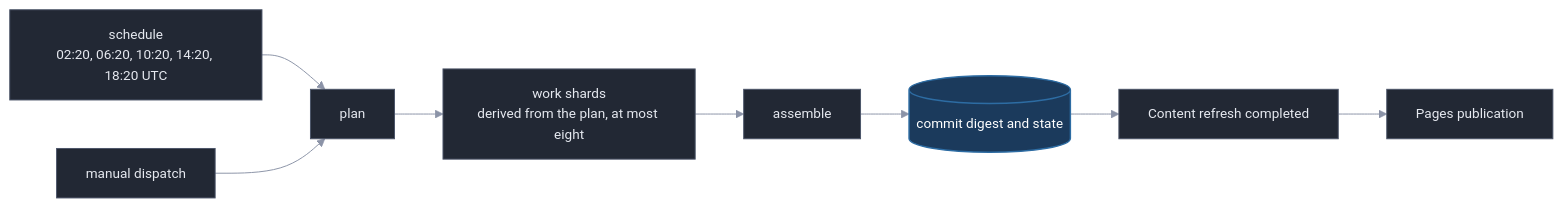
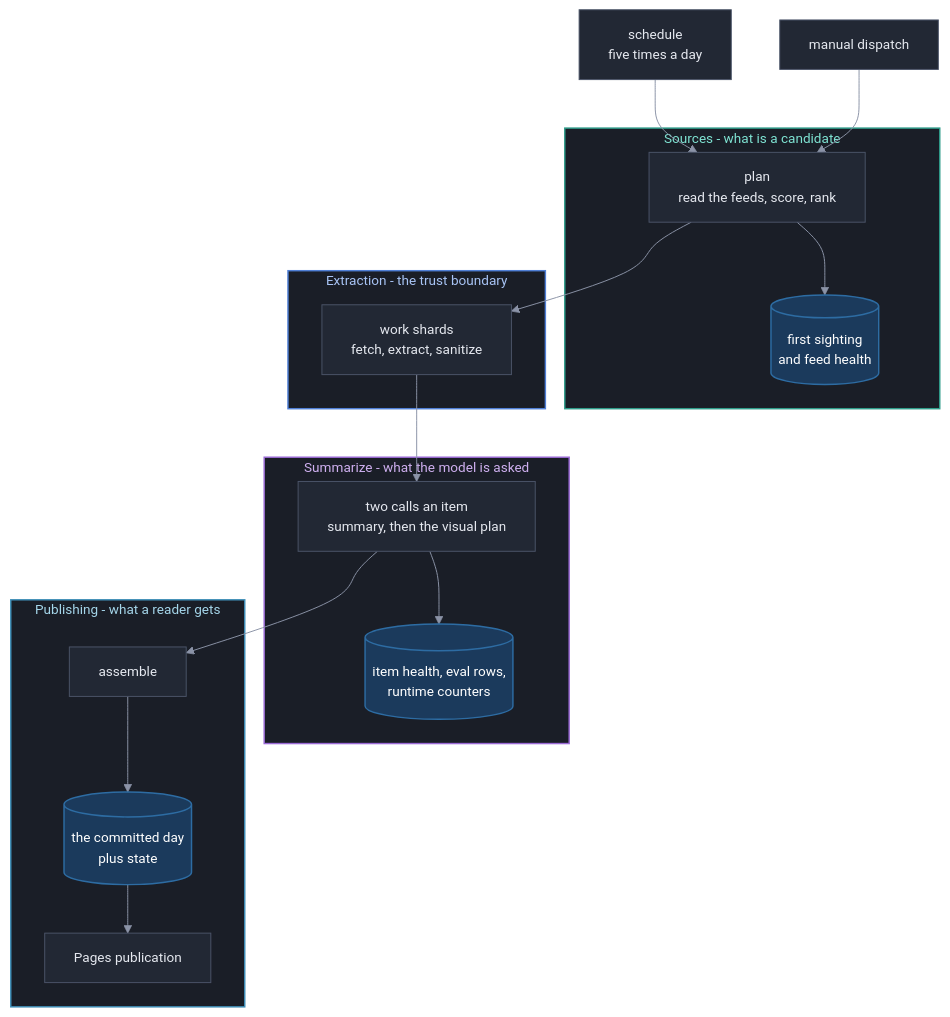
One commit to miztiik/yen-idhazh changed the second of 4 diagrams in docs/reference/github-actions.md. Above: the diagram before and after it, drawn with Mermaid. The commit also changed other lines of this file and 1 other file, not shown here.

First paragraph of the commit message:
A diagram says which part of the system each box belongs to
The class vocabulary said what a node IS and what an outcome MEANS. Neither
said where in the codebase it lives, so a diagram crossing two subsystems read
as one undifferentiated thing.

````diff
--- a/docs/reference/github-actions.md
+++ b/docs/reference/github-actions.md
@@ -225,17 +225,40 @@
 ```mermaid
 %%{init: {"theme": "base", "themeVariables": {"background": "#0f1117", "primaryColor": "#222834", "primaryTextColor": "#e6e9f0", "primaryBorderColor": "#4b5468", "lineColor": "#8b93a7", "textColor": "#e6e9f0", "clusterBkg": "#1a1e27", "clusterBorder": "#3a4254", "titleColor": "#e6e9f0", "edgeLabelBackground": "#1a1e27", "fontSize": "14px"}}}%%
-flowchart LR
- SCHEDULE["schedule<br/>02:20, 06:20, 10:20, 14:20, 18:20 UTC"] --> PLAN["plan"]
+flowchart TB
+ SCHEDULE["schedule<br/>five times a day"] --> PLAN
  MANUAL["manual dispatch"] --> PLAN
- PLAN --> WORK["work shards<br/>derived from the plan, at most eight"]
- WORK --> ASSEMBLE["assemble"]
- ASSEMBLE --> COMMIT[("commit digest and state")]
- COMMIT --> COMPLETE["Content refresh completed"]
- COMPLETE --> PAGES["Pages publication"]
+
+ subgraph ING["Sources - what is a candidate"]
+  PLAN["plan<br/>read the feeds, score, rank"]
+  PLAN --> SEEN[("first sighting<br/>and feed health")]
+ end
+
+ subgraph EXT["Extraction - the trust boundary"]
+  PLAN --> FETCH["work shards<br/>fetch, extract, sanitize"]
+ end
+
+ subgraph MOD["Summarize - what the model is asked"]
+  FETCH --> CALLS["two calls an item<br/>summary, then the visual plan"]
+  CALLS --> ROWS[("item health, eval rows,<br/>runtime counters")]
+ end
+
+ subgraph PUB["Publishing - what a reader gets"]
+  CALLS --> ASSEMBLE["assemble"]
+  ASSEMBLE --> DAY[("the committed day<br/>plus state")]
+  DAY --> PAGES["Pages publication"]
+ end
 
  classDef stage fill:#222834,stroke:#4b5468,stroke-width:1px,color:#e6e9f0;
  classDef store fill:#1b3a5c,stroke:#2d6ca3,stroke-width:1.5px,color:#ffffff;
+ classDef sysIngest fill:#1a1e27,stroke:#2e9c8a,stroke-width:1.5px,color:#7fe3d2;
+ classDef sysExtract fill:#1a1e27,stroke:#4f7fd6,stroke-width:1.5px,color:#a8c4f5;
+ classDef sysModel fill:#1a1e27,stroke:#9b6bd6,stroke-width:1.5px,color:#cfb0f0;
+ classDef sysPublish fill:#1a1e27,stroke:#3f8fb8,stroke-width:1.5px,color:#a5d6ea;
 
- class SCHEDULE,MANUAL,PLAN,WORK,ASSEMBLE,COMPLETE,PAGES stage;
- class COMMIT store;
+ class SCHEDULE,MANUAL,PLAN,FETCH,CALLS,ASSEMBLE,PAGES stage;
+ class SEEN,ROWS,DAY store;
+ class ING sysIngest;
+ class EXT sysExtract;
+ class MOD sysModel;
+ class PUB sysPublish;
 ```
````
